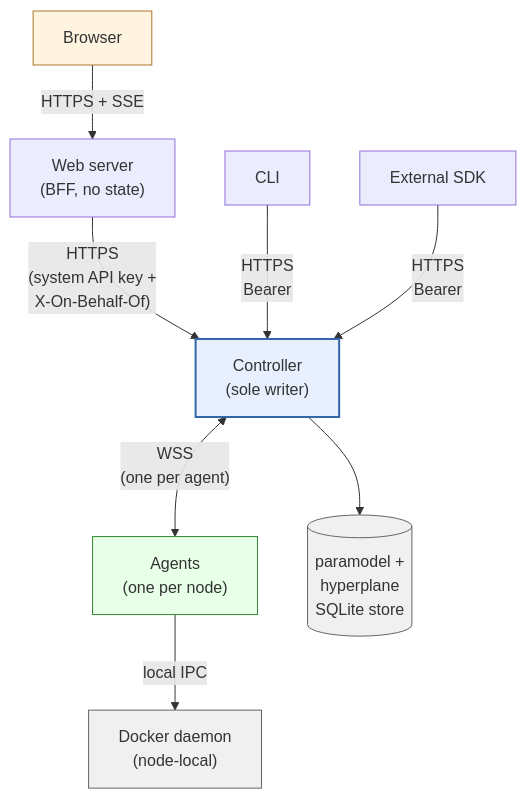
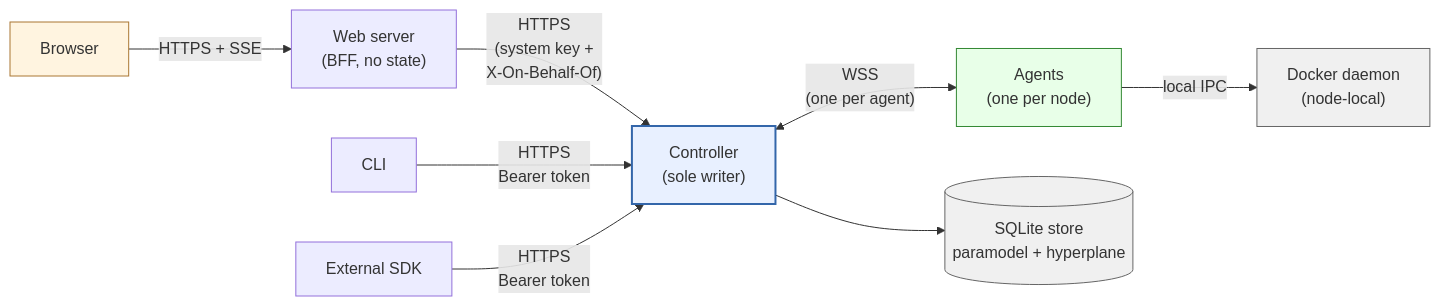
One commit to nosqlbench/hyperplane-rs changed the diagram in docs/design/diagrams/SRD-0100/topology.mmd. Above: the diagram before and after it, drawn with Mermaid. The commit also changed 36 other files, not shown here.

Commit message:
diagram fixes

```diff
--- a/docs/design/diagrams/SRD-0100/topology.mmd
+++ b/docs/design/diagrams/SRD-0100/topology.mmd
@@ -1,28 +1,29 @@
 %% Copyright (c) Jonathan Shook
 %% SPDX-License-Identifier: Apache-2.0
-flowchart TB
+%%{init: {'flowchart': {'nodeSpacing': 50, 'rankSpacing': 60}}}%%
+flowchart LR
     Browser["Browser"]
-    Web["Web server<br/>(BFF, no state)"]
     CLI["CLI"]
     SDK["External SDK"]
+    Web["Web server<br/>(BFF, no state)"]
     Controller["Controller<br/>(sole writer)"]
     Agents["Agents<br/>(one per node)"]
-    Store[("paramodel +<br/>hyperplane<br/>SQLite store")]
+    Store[("SQLite store<br/>paramodel + hyperplane")]
     Docker["Docker daemon<br/>(node-local)"]
 
     Browser -- "HTTPS + SSE" --> Web
-    Web -- "HTTPS<br/>(system API key +<br/>X-On-Behalf-Of)" --> Controller
-    CLI -- "HTTPS<br/>Bearer <token>" --> Controller
-    SDK -- "HTTPS<br/>Bearer <token>" --> Controller
+    Web -- "HTTPS<br/>(system key +<br/>X-On-Behalf-Of)" --> Controller
+    CLI -- "HTTPS<br/>Bearer token" --> Controller
+    SDK -- "HTTPS<br/>Bearer token" --> Controller
     Controller <-- "WSS<br/>(one per agent)" --> Agents
     Controller --> Store
     Agents -- "local IPC" --> Docker
 
     classDef ctrl fill:#e8f0ff,stroke:#3366aa,stroke-width:2px
     classDef browser fill:#fff4e0,stroke:#aa7733
     classDef agent fill:#e8ffe8,stroke:#338833
     classDef store fill:#f0f0f0,stroke:#666
     class Controller ctrl
     class Browser browser
     class Agents agent
     class Store,Docker store
```
